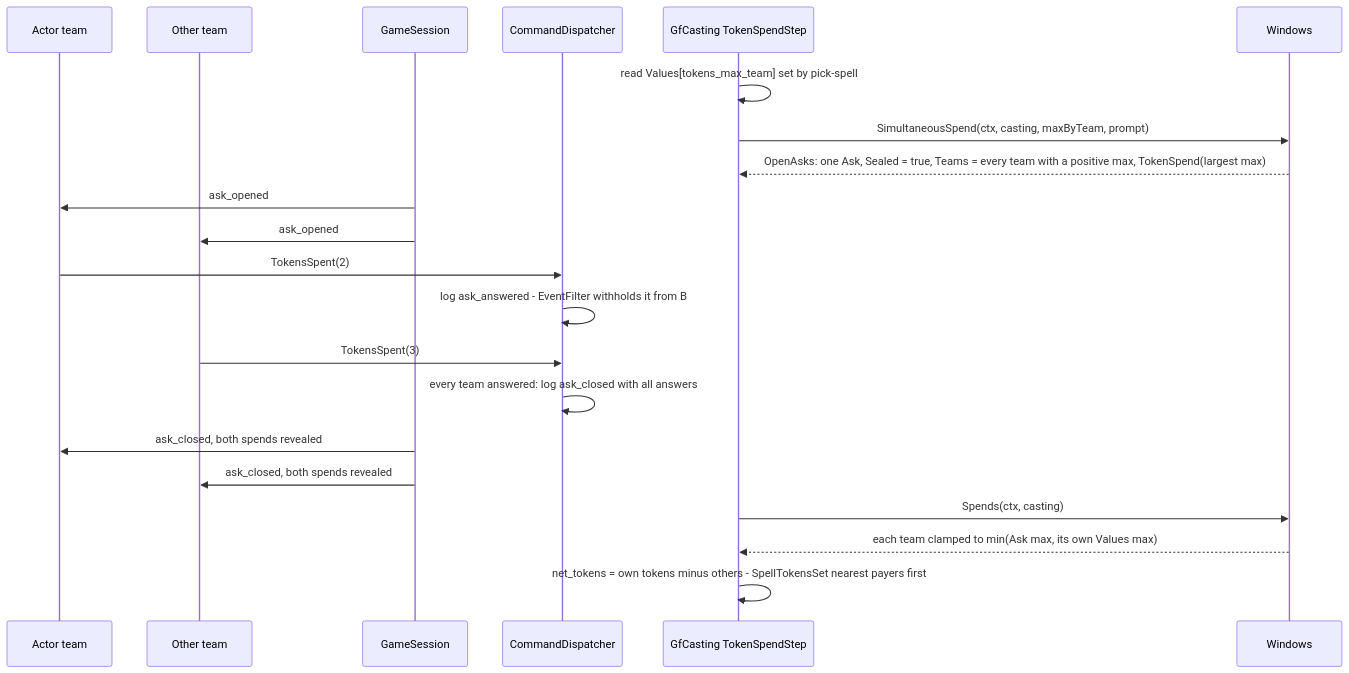
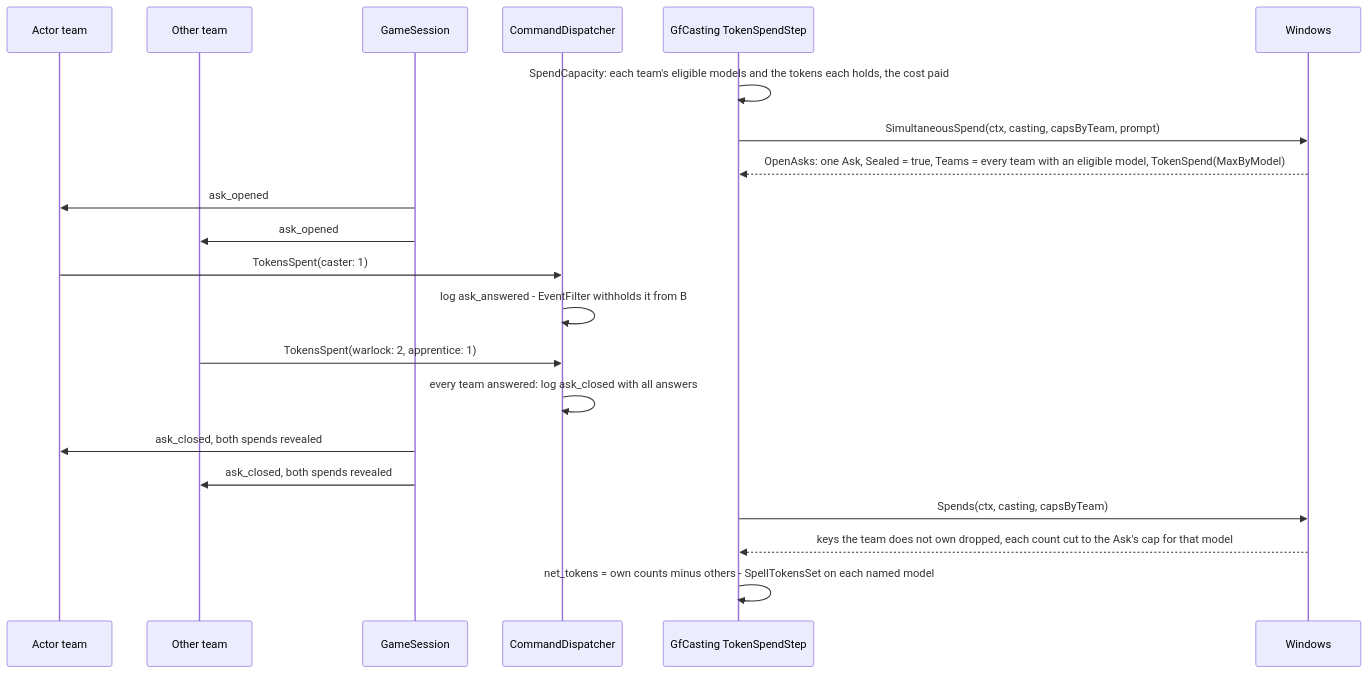
One commit to cstupi/tabletop changed the ninth of 11 diagrams in docs/design/interpreter/design.md. Above: the diagram before and after it, drawn with Mermaid. The commit also changed other lines of this file and 12 other files, not shown here.

First line of the commit message:
Let players choose their token spend, and let Sniper pick its target

````diff
--- a/docs/design/interpreter/design.md
+++ b/docs/design/interpreter/design.md
@@ -956,24 +965,24 @@
 ```mermaid
 sequenceDiagram
     participant A as Actor team
     participant B as Other team
     participant S as GameSession
     participant D as CommandDispatcher
     participant K as GfCasting TokenSpendStep
     participant W as Windows
 
-    K->>K: read Values[tokens_max_team] set by pick-spell
-    K->>W: SimultaneousSpend(ctx, casting, maxByTeam, prompt)
-    W-->>K: OpenAsks: one Ask, Sealed = true, Teams = every team with a positive max, TokenSpend(largest max)
+    K->>K: SpendCapacity: each team's eligible models and the tokens each holds, the cost paid
+    K->>W: SimultaneousSpend(ctx, casting, capsByTeam, prompt)
+    W-->>K: OpenAsks: one Ask, Sealed = true, Teams = every team with an eligible model, TokenSpend(MaxByModel)
     S->>A: ask_opened
     S->>B: ask_opened
-    A->>D: TokensSpent(2)
+    A->>D: TokensSpent(caster: 1)
     D->>D: log ask_answered - EventFilter withholds it from B
-    B->>D: TokensSpent(3)
+    B->>D: TokensSpent(warlock: 2, apprentice: 1)
     D->>D: every team answered: log ask_closed with all answers
     S->>A: ask_closed, both spends revealed
     S->>B: ask_closed, both spends revealed
-    K->>W: Spends(ctx, casting)
-    W-->>K: each team clamped to min(Ask max, its own Values max)
-    K->>K: net_tokens = own tokens minus others - SpellTokensSet nearest payers first
+    K->>W: Spends(ctx, casting, capsByTeam)
+    W-->>K: keys the team does not own dropped, each count cut to the Ask's cap for that model
+    K->>K: net_tokens = own counts minus others - SpellTokensSet on each named model
 ```
````
